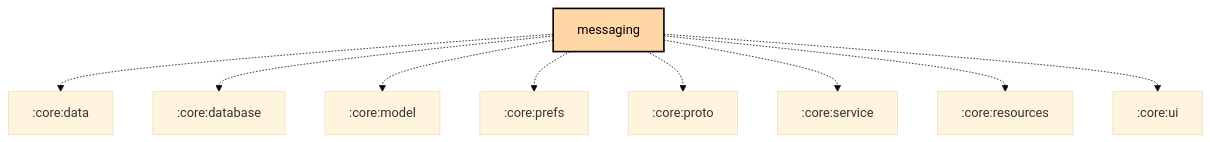
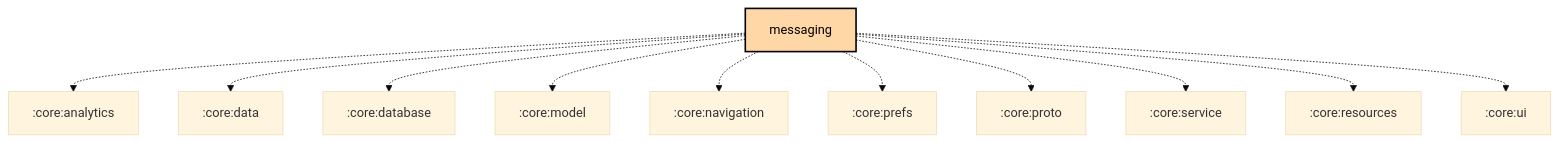
The diagram in feature/messaging/README.md (meshtastic/Meshtastic-Android), drawn with Mermaid (base theme) before and after one commit. The commit also changed 3 other files, not shown here.

Commit message:
chore: Scheduled updates (Firmware, Hardware, Translations, Graphs) (#4629)

````diff
--- a/feature/messaging/README.md
+++ b/feature/messaging/README.md
@@ -26,23 +26,25 @@
 ```mermaid
 graph TB
   :feature:messaging[messaging]:::android-feature
+  :feature:messaging -.-> :core:analytics
   :feature:messaging -.-> :core:data
   :feature:messaging -.-> :core:database
   :feature:messaging -.-> :core:model
+  :feature:messaging -.-> :core:navigation
   :feature:messaging -.-> :core:prefs
   :feature:messaging -.-> :core:proto
   :feature:messaging -.-> :core:service
   :feature:messaging -.-> :core:resources
   :feature:messaging -.-> :core:ui
 
 classDef android-application fill:#CAFFBF,stroke:#000,stroke-width:2px,color:#000;
 classDef android-application-compose fill:#CAFFBF,stroke:#000,stroke-width:2px,color:#000;
 classDef android-feature fill:#FFD6A5,stroke:#000,stroke-width:2px,color:#000;
 classDef android-library fill:#9BF6FF,stroke:#000,stroke-width:2px,color:#000;
 classDef android-library-compose fill:#9BF6FF,stroke:#000,stroke-width:2px,color:#000;
 classDef android-test fill:#A0C4FF,stroke:#000,stroke-width:2px,color:#000;
 classDef jvm-library fill:#BDB2FF,stroke:#000,stroke-width:2px,color:#000;
 classDef kmp-library fill:#FFC1CC,stroke:#000,stroke-width:2px,color:#000;
 classDef unknown fill:#FFADAD,stroke:#000,stroke-width:2px,color:#000;
 
 ```
````
